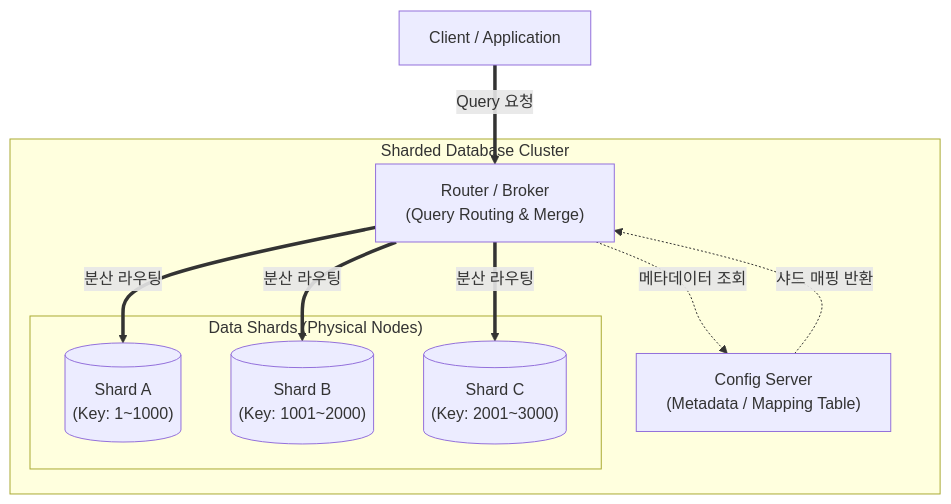
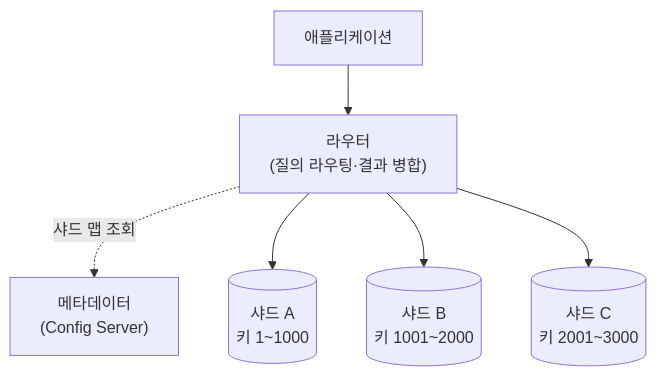
Before and after one commit to supremethumb/supremethumb.github.io: the diagram in content/01_IT Tech/샤딩.md, drawn with Mermaid. The commit also changed other lines of this file and 1087 other files, not shown here.

````diff
--- a/content/01_IT Tech/샤딩.md
+++ b/content/01_IT Tech/샤딩.md
@@ -29,24 +34,8 @@
 ```mermaid
 flowchart TB
-    Client["Client / Application"]
-    
-    subgraph Sharded_Cluster["Sharded Database Cluster"]
-        Router["Router / Broker<br/>(Query Routing & Merge)"]
-        Config["Config Server<br/>(Metadata / Mapping Table)"]
-        
-        subgraph Shards["Data Shards (Physical Nodes)"]
-            ShardA[("Shard A<br/>(Key: 1~1000)")]
-            ShardB[("Shard B<br/>(Key: 1001~2000)")]
-            ShardC[("Shard C<br/>(Key: 2001~3000)")]
-        end
-    end
-    
-    Client == "Query 요청" ==> Router
-    Router -. "메타데이터 조회" .-> Config
-    Config -. "샤드 매핑 반환" .-> Router
-    
-    Router == "분산 라우팅" ==> ShardA
-    Router == "분산 라우팅" ==> ShardB
-    Router == "분산 라우팅" ==> ShardC
-
+    C["애플리케이션"] --> R["라우터<br/>(질의 라우팅·결과 병합)"]
+    R -. "샤드 맵 조회" .-> M["메타데이터<br/>(Config Server)"]
+    R --> A[("샤드 A<br/>키 1~1000")]
+    R --> B[("샤드 B<br/>키 1001~2000")]
+    R --> D[("샤드 C<br/>키 2001~3000")]
 ```
````
